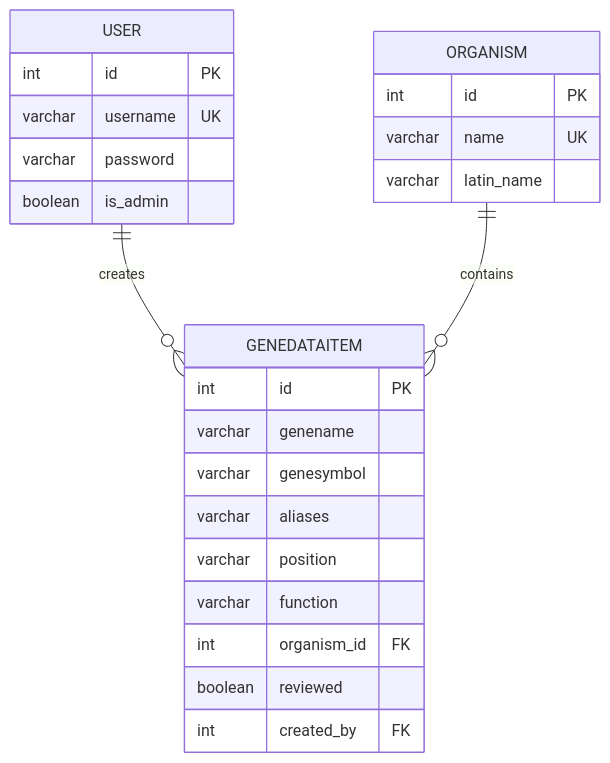
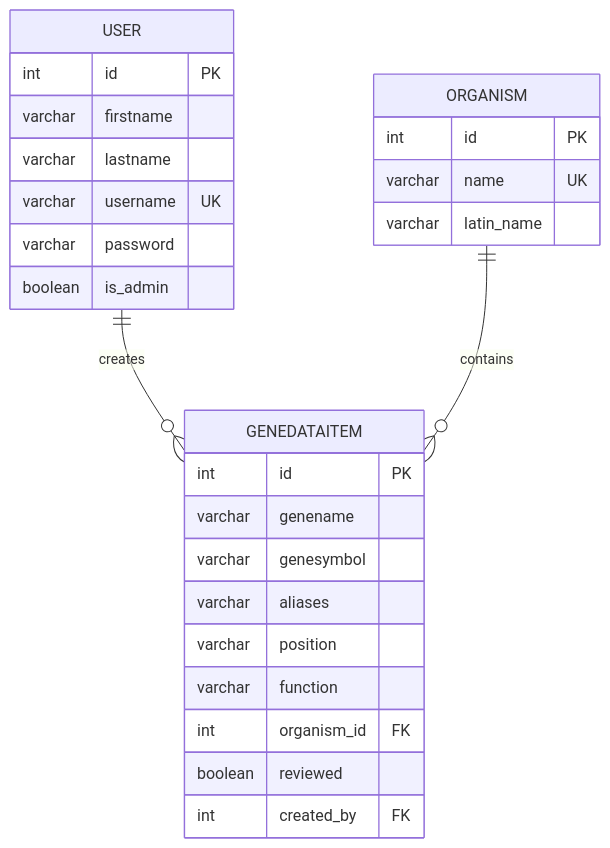
One commit to Chrisi3000/geneData changed the first of 2 diagrams in Docs/DatabaseDoku.md. Above: the diagram before and after it, drawn with Mermaid.

Commit message:
Changed ER Diagram

````diff
--- a/Docs/DatabaseDoku.md
+++ b/Docs/DatabaseDoku.md
@@ -194,30 +194,32 @@
 ```mermaid
 erDiagram
     USER ||--o{ GENEDATAITEM : creates
     ORGANISM ||--o{ GENEDATAITEM : contains
 
     USER {
         int id PK
+        varchar firstname
+        varchar lastname
         varchar username UK
         varchar password
         boolean is_admin
     }
 
     ORGANISM {
         int id PK
         varchar name UK
         varchar latin_name
     }
 
     GENEDATAITEM {
         int id PK
         varchar genename
         varchar genesymbol
         varchar aliases
         varchar position
         varchar function
         int organism_id FK
         boolean reviewed
         int created_by FK
     }
 ```
````
